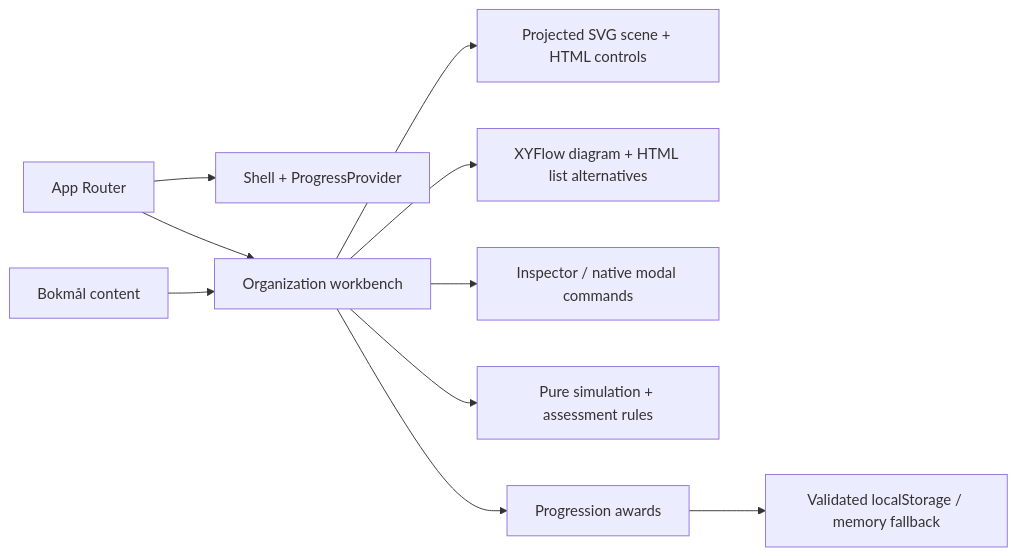
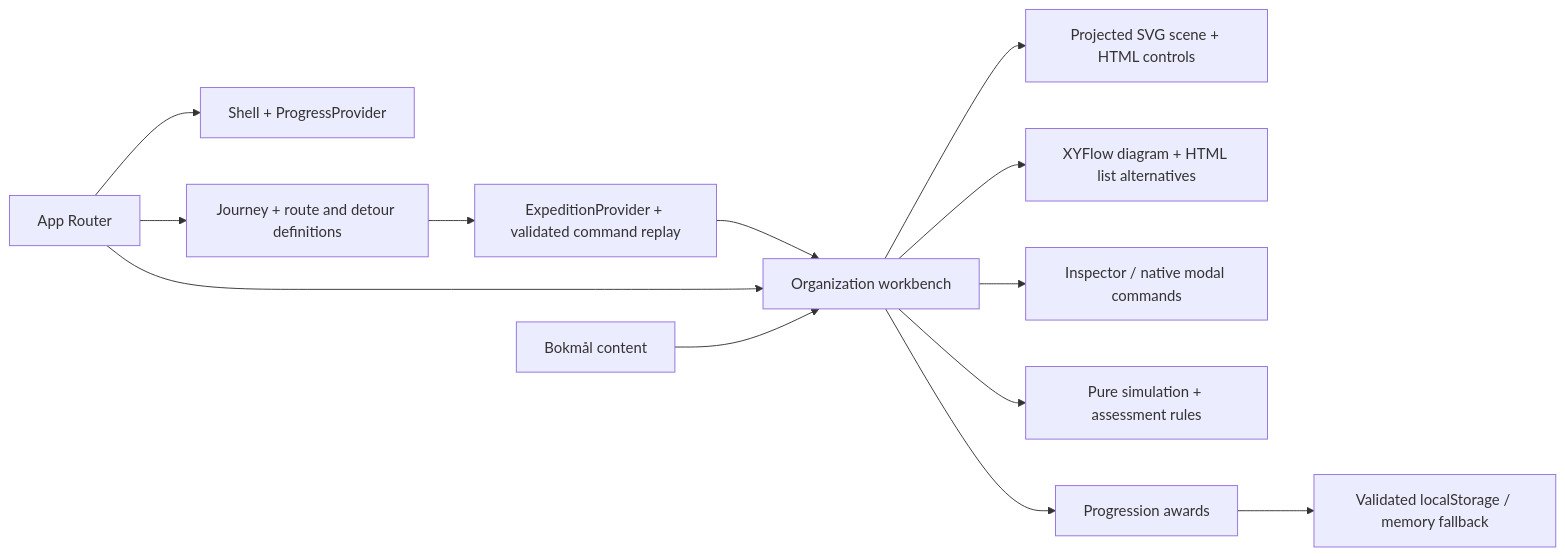
Before and after one commit to EspzY/Azure-learner: the diagram in docs/ARCHITECTURE.md, drawn with Mermaid. The commit also changed other lines of this file and 53 other files, not shown here.

````diff
--- a/docs/ARCHITECTURE.md
+++ b/docs/ARCHITECTURE.md
@@ -7,12 +7,15 @@
 ```mermaid
 flowchart LR
   Pages[App Router] --> Shell[Shell + ProgressProvider]
+  Pages --> Journey[Journey + route and detour definitions]
+  Journey --> Shared[ExpeditionProvider + validated command replay]
+  Shared --> Workbench
   Pages --> Workbench[Organization workbench]
   Workbench --> Scene[Projected SVG scene + HTML controls]
   Workbench --> Graph[XYFlow diagram + HTML list alternatives]
   Workbench --> Commands[Inspector / native modal commands]
   Workbench --> Rules[Pure simulation + assessment rules]
   Workbench --> Awards[Progression awards]
   Awards --> Storage[Validated localStorage / memory fallback]
   Copy[Bokmål content] --> Workbench
 ```
````
